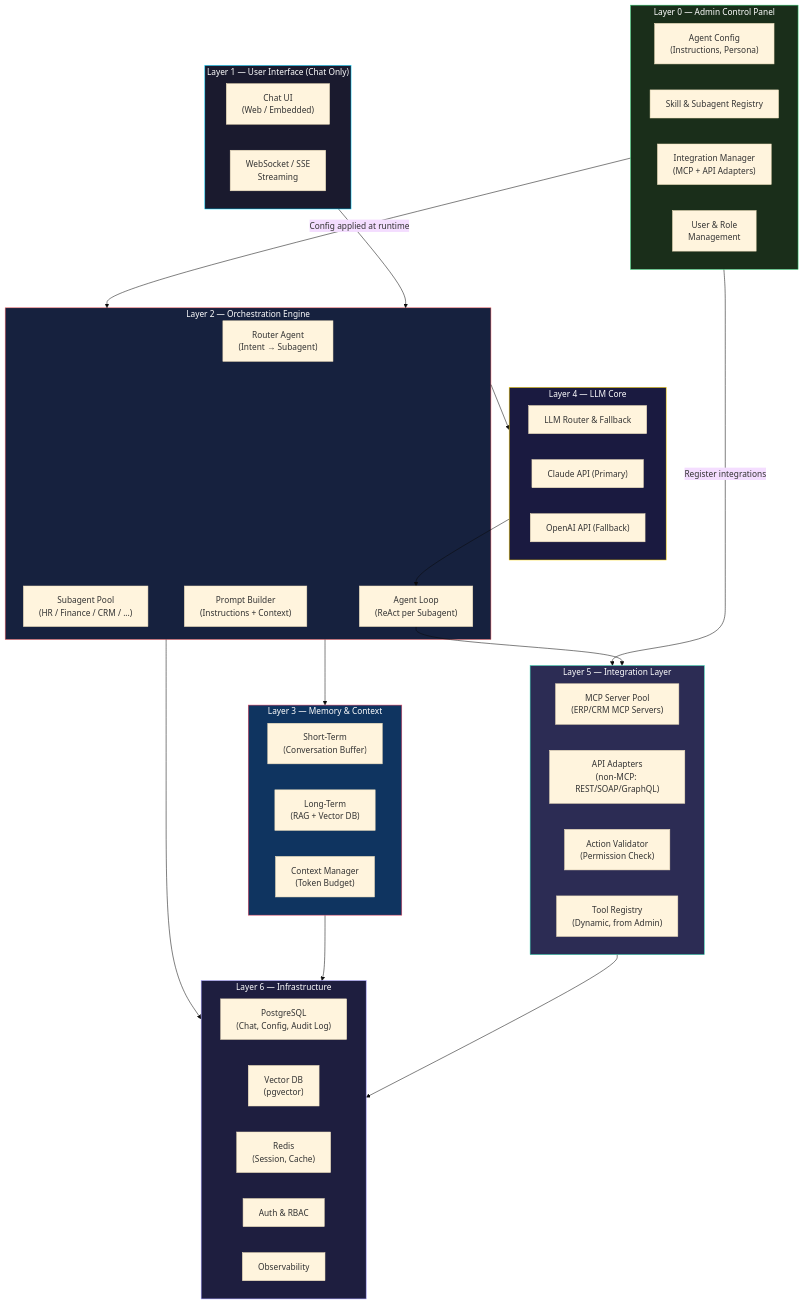
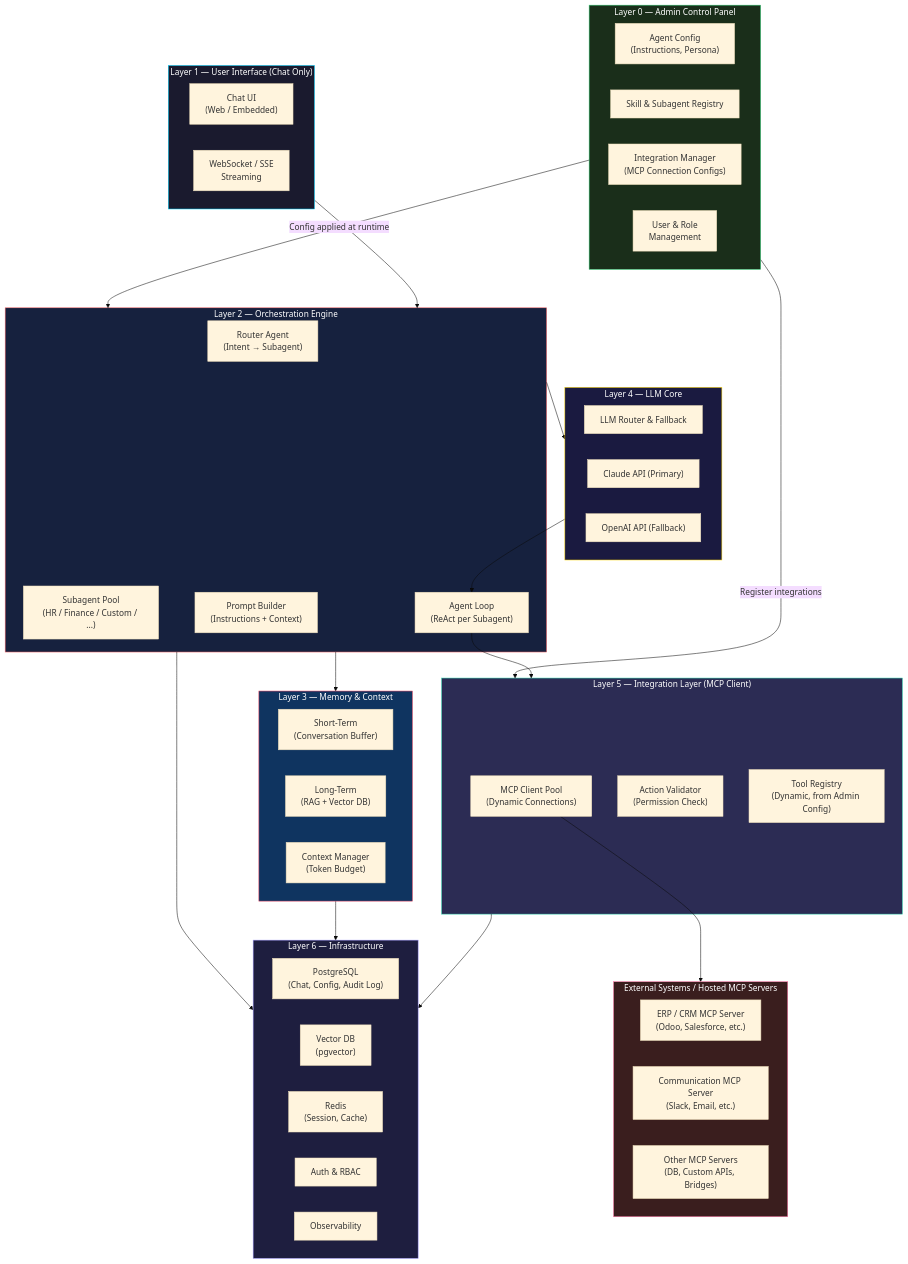
The first of 8 diagrams in docs/architecture-overview.md (vietnv5/agentx), drawn with Mermaid (base theme) before and after one commit. The commit also changed other lines of this file and 1 other file, not shown here.

````diff
--- a/docs/architecture-overview.md
+++ b/docs/architecture-overview.md
@@ -29,67 +29,74 @@
 ```mermaid
 graph TB
     subgraph L0["Layer 0 — Admin Control Panel"]
         AC["Agent Config<br/>(Instructions, Persona)"]
         SR["Skill & Subagent Registry"]
-        IM["Integration Manager<br/>(MCP + API Adapters)"]
+        IM["Integration Manager<br/>(MCP Connection Configs)"]
         UM["User & Role<br/>Management"]
     end
 
     subgraph L1["Layer 1 — User Interface (Chat Only)"]
         CHAT["Chat UI<br/>(Web / Embedded)"]
         WS["WebSocket / SSE<br/>Streaming"]
     end
 
     subgraph L2["Layer 2 — Orchestration Engine"]
         RA["Router Agent<br/>(Intent → Subagent)"]
-        SA["Subagent Pool<br/>(HR / Finance / CRM / ...)"]
+        SA["Subagent Pool<br/>(HR / Finance / Custom / ...)"]
         AL["Agent Loop<br/>(ReAct per Subagent)"]
         PB["Prompt Builder<br/>(Instructions + Context)"]
     end
 
     subgraph L3["Layer 3 — Memory & Context"]
         STM["Short-Term<br/>(Conversation Buffer)"]
         LTM["Long-Term<br/>(RAG + Vector DB)"]
         CM["Context Manager<br/>(Token Budget)"]
     end
 
     subgraph L4["Layer 4 — LLM Core"]
         LLM_R["LLM Router & Fallback"]
         CLAUDE["Claude API (Primary)"]
         OPENAI["OpenAI API (Fallback)"]
     end
 
-    subgraph L5["Layer 5 — Integration Layer"]
-        MCP["MCP Server Pool<br/>(ERP/CRM MCP Servers)"]
-        ADP["API Adapters<br/>(non-MCP: REST/SOAP/GraphQL)"]
+    subgraph L5["Layer 5 — Integration Layer (MCP Client)"]
+        MC["MCP Client Pool<br/>(Dynamic Connections)"]
         AV["Action Validator<br/>(Permission Check)"]
-        TR["Tool Registry<br/>(Dynamic, from Admin)"]
+        TR["Tool Registry<br/>(Dynamic, from Admin Config)"]
     end
 
     subgraph L6["Layer 6 — Infrastructure"]
         PG["PostgreSQL<br/>(Chat, Config, Audit Log)"]
         VDB["Vector DB<br/>(pgvector)"]
         REDIS["Redis<br/>(Session, Cache)"]
         AUTH["Auth & RBAC"]
         OBS["Observability"]
     end
 
+    subgraph EXT["External Systems / Hosted MCP Servers"]
+        MCP_ERP["ERP / CRM MCP Server<br/>(Odoo, Salesforce, etc.)"]
+        MCP_COMM["Communication MCP Server<br/>(Slack, Email, etc.)"]
+        MCP_OTHER["Other MCP Servers<br/>(DB, Custom APIs, Bridges)"]
+    end
+
     L0 -- "Config applied at runtime" --> L2
     L0 -- "Register integrations" --> L5
     L1 --> L2
     L2 --> L3
     L2 --> L4
     L4 --> AL
     AL --> L5
+    MC --> EXT
     L2 --> L6
     L3 --> L6
     L5 --> L6
 
     style L0 fill:#1a2e1a,stroke:#2ecc71,color:#fff
     style L1 fill:#1a1a2e,stroke:#00d4ff,color:#fff
     style L2 fill:#16213e,stroke:#ff6b6b,color:#fff
     style L3 fill:#0f3460,stroke:#e94560,color:#fff
     style L4 fill:#1a1a40,stroke:#ffd700,color:#fff
     style L5 fill:#2c2c54,stroke:#33d9b2,color:#fff
     style L6 fill:#1e1e3f,stroke:#a29bfe,color:#fff
+    style EXT fill:#3a1e1e,stroke:#fd79a8,color:#fff
 ```
````
